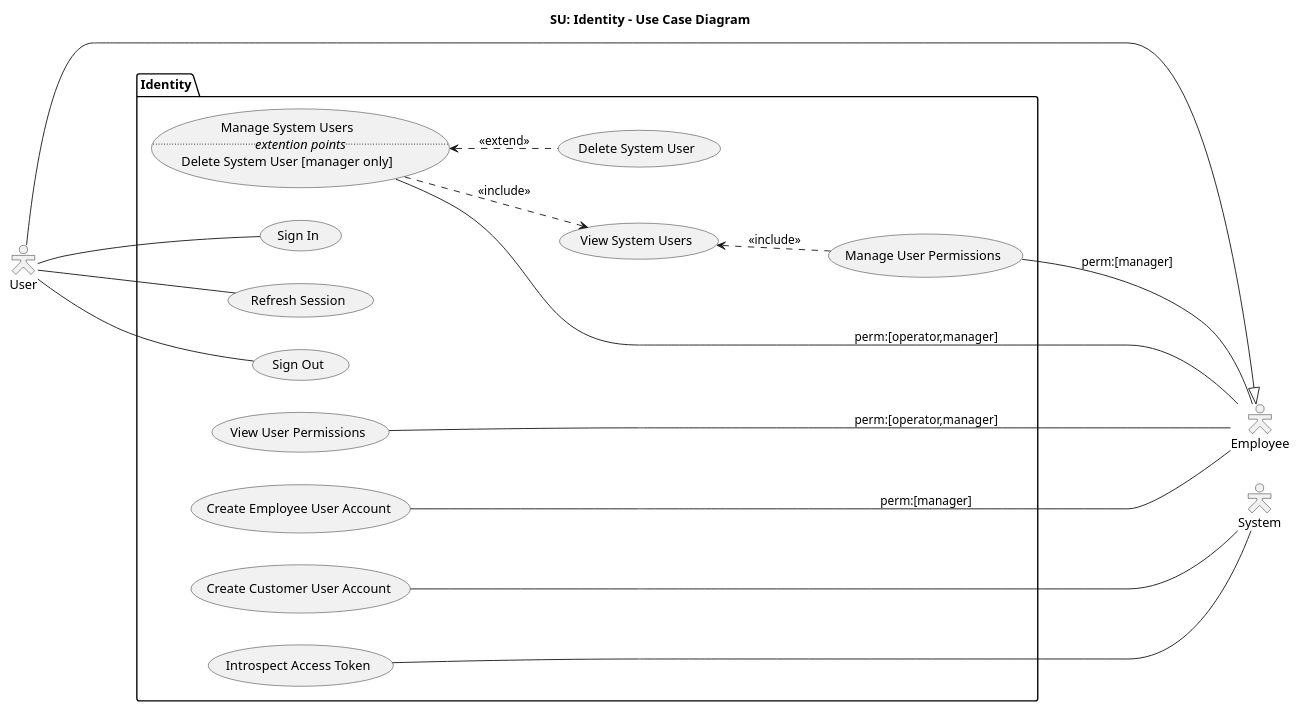
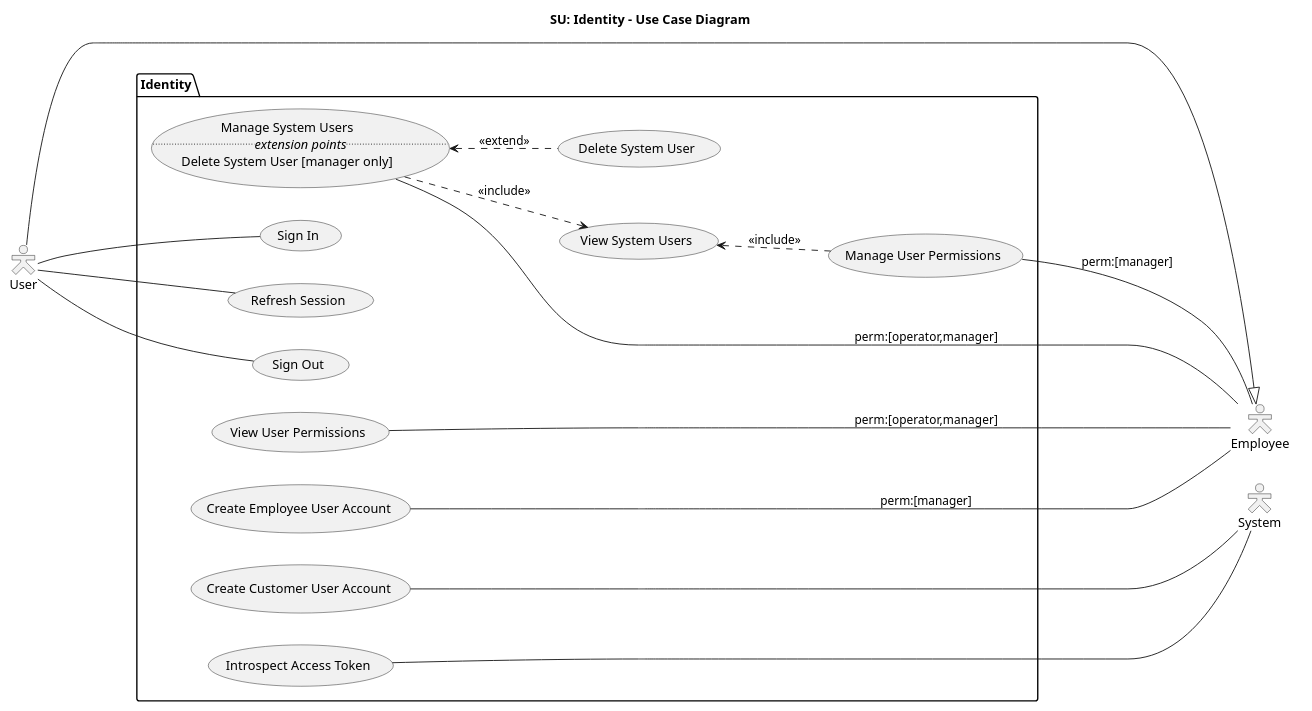
Before and after one commit to draganovik/matterway: the diagram in docs/diagrams/use-case-identity.puml, drawn with PlantUML. The commit also changed 19 other files, not shown here.

First line of the commit message:
Refactor diagrams into multi-page format and update auth logic

```diff
--- a/docs/diagrams/use-case-identity.puml
+++ b/docs/diagrams/use-case-identity.puml
@@ -1,50 +1,50 @@
 @startuml SUIdentityUseCaseDiagram
 title SU: Identity - Use Case Diagram
 left to right direction
 skinparam shadowing false
 skinparam actorStyle hollow
 
 actor user as "User"
 
 rectangle #line:transparent {
   actor empl as "Employee"
   actor sysm as "System"
 }
 
 user --|> empl
 
 package "Identity" {
   usecase signIn as "Sign In"
   usecase refreshSession as "Refresh Session"
   usecase signOut as "Sign Out"
 
   usecase manageSystemUsers as "Manage System Users
-                                ..<i>extention points</i>..
+                                ..<i>extension points</i>..
                                 Delete System User [manager only]"
   usecase deleteSystemUser as "Delete System User"
   usecase viewSystemUsers as "View System Users"
 
   usecase viewUserPermissions as "View User Permissions"
   usecase manageUserPermissions as "Manage User Permissions"
 
   usecase createEmployeeAccount as "Create Employee User Account"
   usecase createCustomerAccount as "Create Customer User Account"
   usecase introspectAccessToken as "Introspect Access Token"
 
   manageSystemUsers .down.> viewSystemUsers : <<include>>
   manageUserPermissions .up.> viewSystemUsers : <<include>>
   deleteSystemUser .up.> manageSystemUsers : <<extend>>
 }
 
 user --- signIn
 user --- refreshSession
 user --- signOut
 
 manageSystemUsers --- empl : perm:[operator,manager]
 viewUserPermissions --- empl : perm:[operator,manager]
 manageUserPermissions --- empl : perm:[manager]
 createEmployeeAccount --- empl : perm:[manager]
 
 introspectAccessToken --- sysm
 createCustomerAccount --- sysm
 @enduml
```
